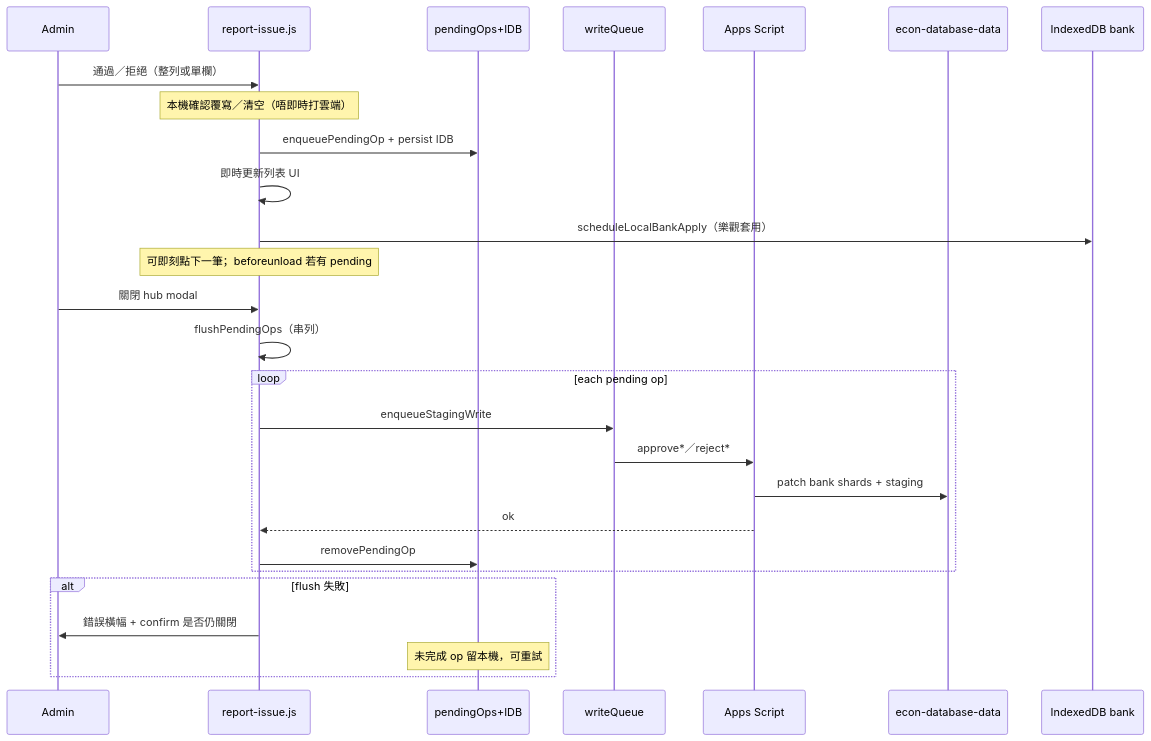
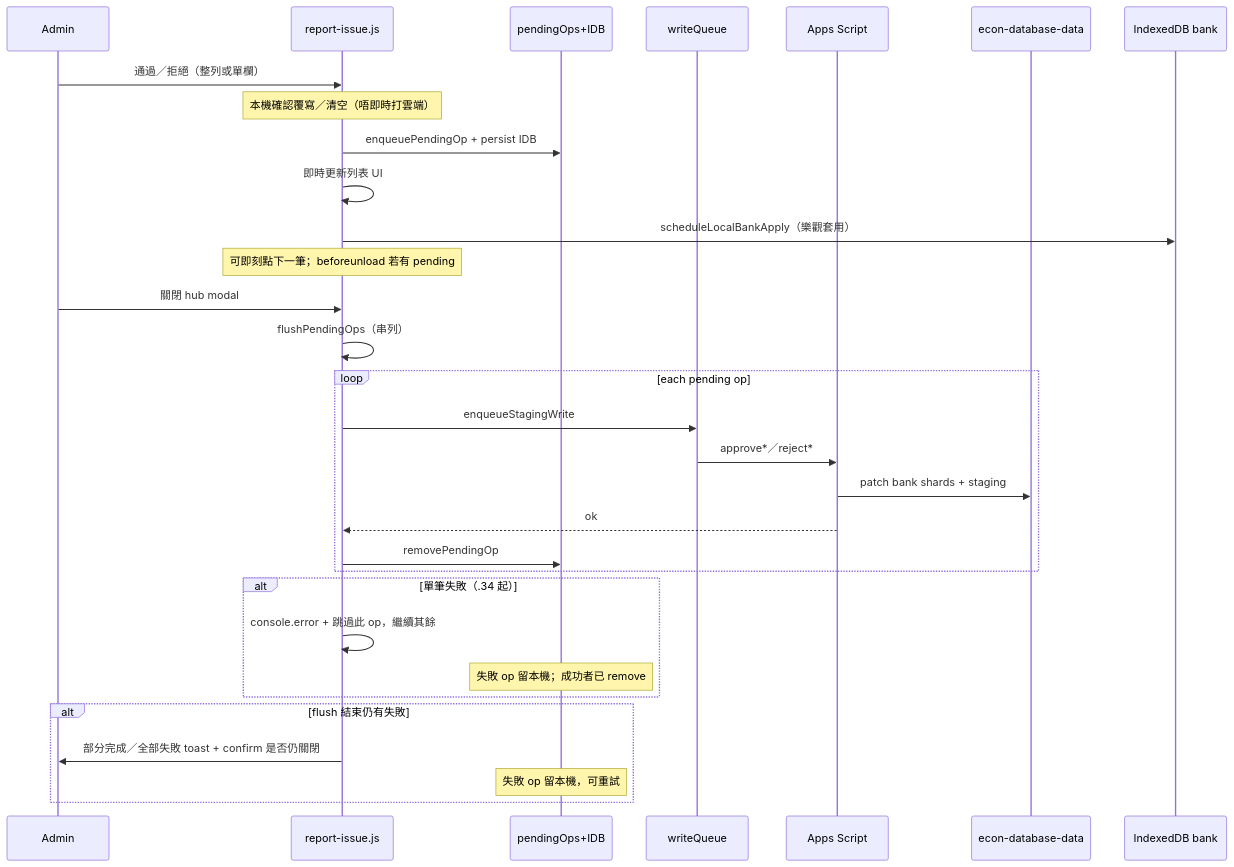
Before and after one commit to OutliersEcon/econ-database2: the diagram in js/report-issue.kb.md, drawn with Mermaid. The commit also changed other lines of this file and 6 other files, not shown here.

````diff
--- a/js/report-issue.kb.md
+++ b/js/report-issue.kb.md
@@ -12,31 +12,35 @@
 ```mermaid
 sequenceDiagram
   participant Admin
   participant Hub as report-issue.js
   participant Mem as pendingOps+IDB
   participant Q as writeQueue
   participant AS as Apps Script
   participant GH as econ-database-data
   participant BankIDB as IndexedDB bank
 
   Admin->>Hub: 通過／拒絕（整列或單欄）
   Note over Hub: 本機確認覆寫／清空（唔即時打雲端）
   Hub->>Mem: enqueuePendingOp + persist IDB
   Hub->>Hub: 即時更新列表 UI
   Hub->>BankIDB: scheduleLocalBankApply（樂觀套用）
   Note over Hub: 可即刻點下一筆；beforeunload 若有 pending
 
   Admin->>Hub: 關閉 hub modal
   Hub->>Hub: flushPendingOps（串列）
   loop each pending op
     Hub->>Q: enqueueStagingWrite
     Q->>AS: approve*／reject*
     AS->>GH: patch bank shards + staging
     AS-->>Hub: ok
     Hub->>Mem: removePendingOp
   end
-  alt flush 失敗
-    Hub->>Admin: 錯誤橫幅 + confirm 是否仍關閉
-    Note over Mem: 未完成 op 留本機，可重試
+  alt 單筆失敗（.34 起）
+    Hub->>Hub: console.error + 跳過此 op，繼續其餘
+    Note over Mem: 失敗 op 留本機；成功者已 remove
+  end
+  alt flush 結束仍有失敗
+    Hub->>Admin: 部分完成／全部失敗 toast + confirm 是否仍關閉
+    Note over Mem: 失敗 op 留本機，可重試
   end
 ```
````
